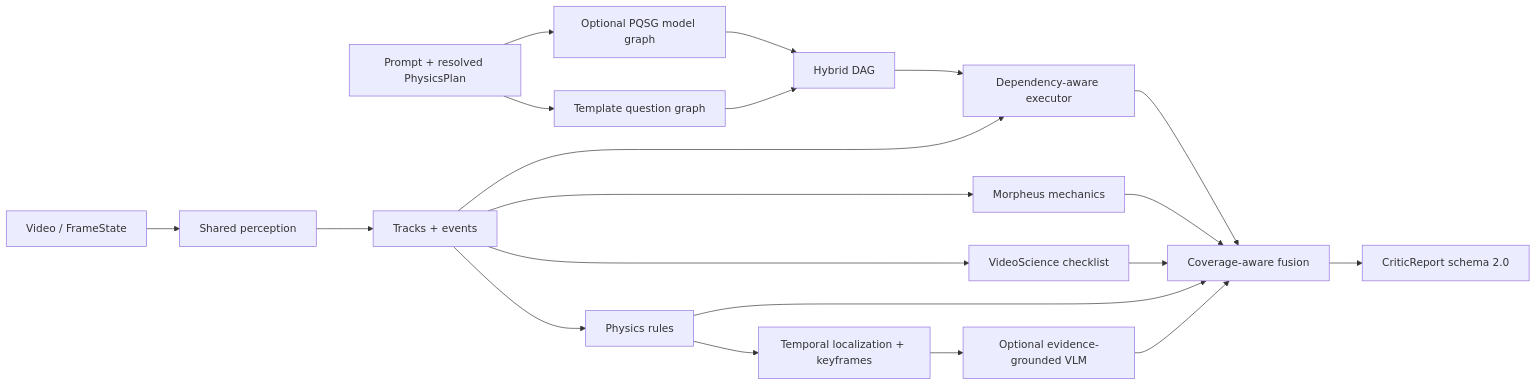
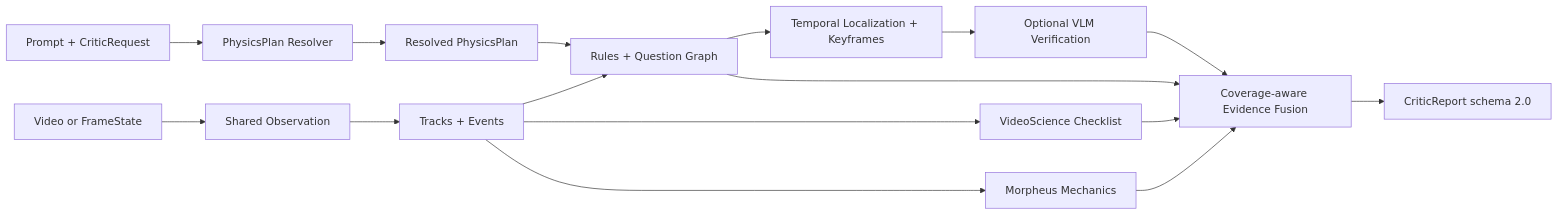
One commit to hejin001018-gif/PhysGenLoop- changed the second of 2 diagrams in README.md. Above: the diagram before and after it, drawn with Mermaid. The commit also changed other lines of this file and 4 other files, not shown here.

````diff
--- a/README.md
+++ b/README.md
@@ -49,24 +70,20 @@
 ```mermaid
 flowchart LR
-    Q[Prompt + resolved PhysicsPlan] --> TG[Template question graph]
-    Q --> PG[Optional PQSG model graph]
-    TG --> HG[Hybrid DAG]
-    PG --> HG
+    Q[Prompt + CriticRequest] --> PR[PhysicsPlan Resolver]
+    PR --> PP[Resolved PhysicsPlan]
 
-    I[Video / FrameState] --> P[Shared perception]
-    P --> T[Tracks + events]
-    T --> R[Physics rules]
-    T --> C[VideoScience checklist]
-    T --> M[Morpheus mechanics]
-    HG --> E[Dependency-aware executor]
-    T --> E
-    R --> K[Temporal localization + keyframes]
-    K --> V[Optional evidence-grounded VLM]
+    I[Video or FrameState] --> O[Shared Observation]
+    O --> T[Tracks + Events]
+    PP --> RG[Rules + Question Graph]
+    T --> RG
+    T --> CL[VideoScience Checklist]
+    T --> ME[Morpheus Mechanics]
+    RG --> KF[Temporal Localization + Keyframes]
+    KF --> VV[Optional VLM Verification]
 
-    R --> F[Coverage-aware fusion]
-    C --> F
-    M --> F
-    E --> F
-    V --> F
-    F --> O[CriticReport schema 2.0]
+    RG --> F[Coverage-aware Evidence Fusion]
+    CL --> F
+    ME --> F
+    VV --> F
+    F --> CR[CriticReport schema 2.0]
 ```
````
